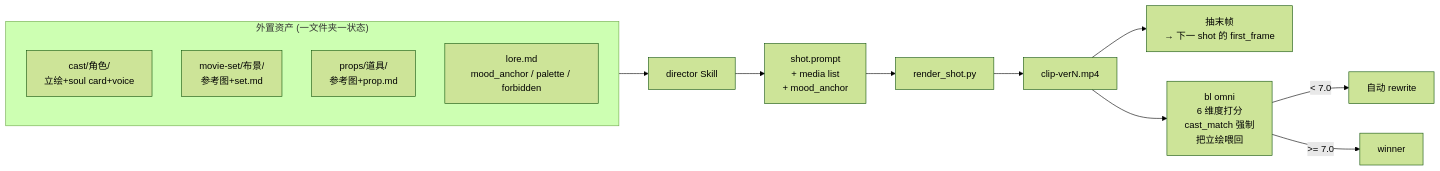
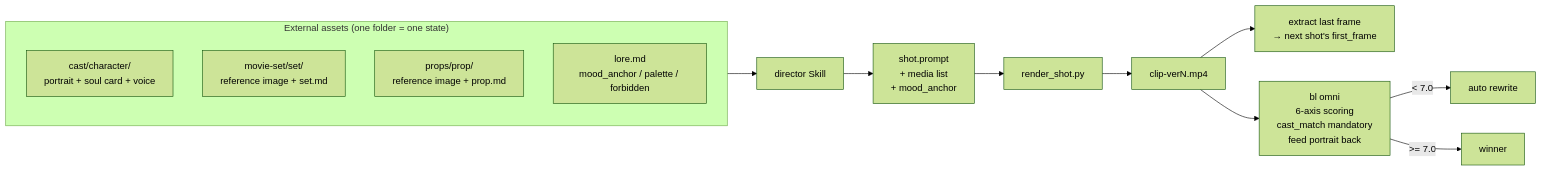
One commit to JohnKeating1997/spark-video changed the second of 6 diagrams in docs/architecture.md. Above: the diagram before and after it, drawn with Mermaid (forest theme). The commit also changed other lines of this file and 32 other files, not shown here.

````diff
--- a/docs/architecture.md
+++ b/docs/architecture.md
@@ -129,19 +129,19 @@
 ```mermaid
 flowchart LR
-    subgraph Assets["外置资产 (一文件夹一状态)"]
-        Cast[cast/角色/<br/>立绘+soul card+voice]
-        Set[movie-set/布景/<br/>参考图+set.md]
-        Prop[props/道具/<br/>参考图+prop.md]
+    subgraph Assets["External assets (one folder = one state)"]
+        Cast[cast/character/<br/>portrait + soul card + voice]
+        Set[movie-set/set/<br/>reference image + set.md]
+        Prop[props/prop/<br/>reference image + prop.md]
         Lore[lore.md<br/>mood_anchor / palette / forbidden]
     end
 
     Assets --> Director[director Skill]
     Director --> Shot[shot.prompt<br/>+ media list<br/>+ mood_anchor]
     Shot --> Render[render_shot.py]
     Render --> Clip[clip-verN.mp4]
-    Clip --> LastFrame[抽末帧<br/>→ 下一 shot 的 first_frame]
+    Clip --> LastFrame[extract last frame<br/>→ next shot's first_frame]
 
-    Clip --> Reviewer[bl omni<br/>6 维度打分<br/>cast_match 强制<br/>把立绘喂回]
-    Reviewer -- < 7.0 --> Rewrite[自动 rewrite]
+    Clip --> Reviewer[bl omni<br/>6-axis scoring<br/>cast_match mandatory<br/>feed portrait back]
+    Reviewer -- < 7.0 --> Rewrite[auto rewrite]
     Reviewer -- >= 7.0 --> Winner[winner]
 ```
````
